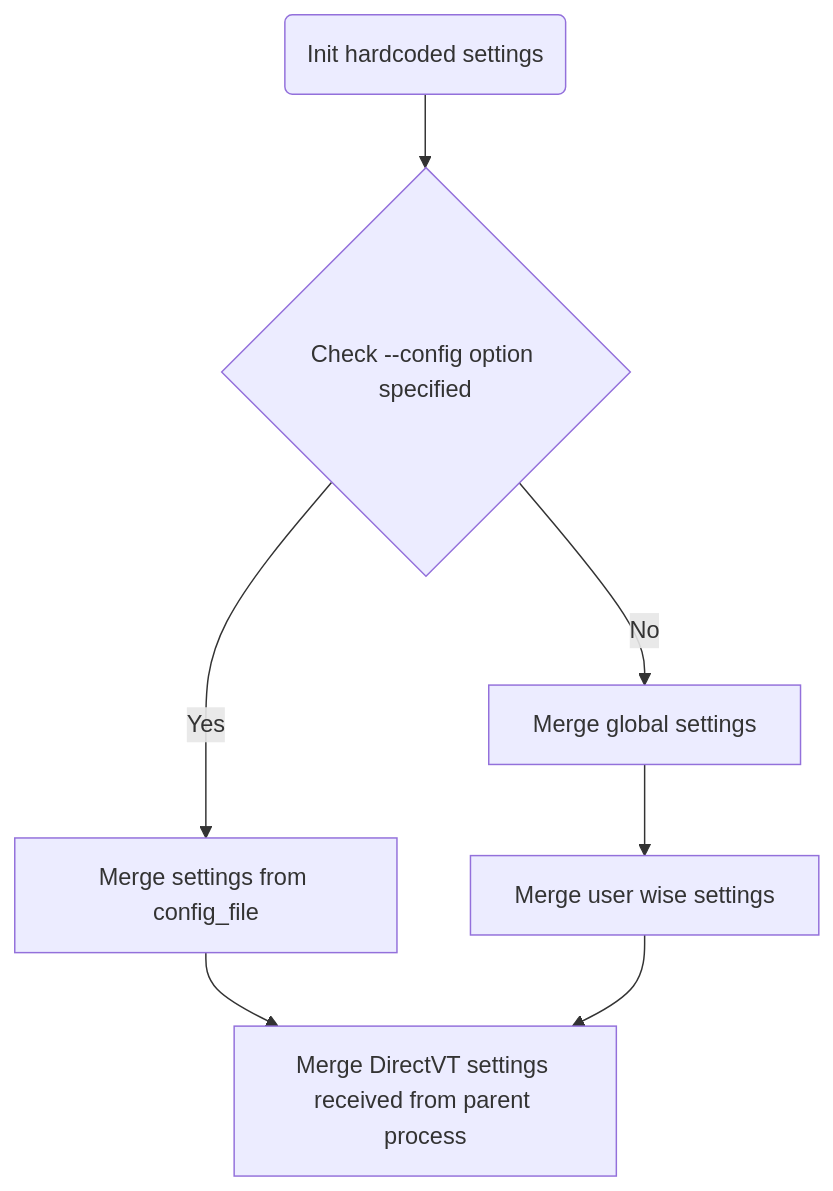
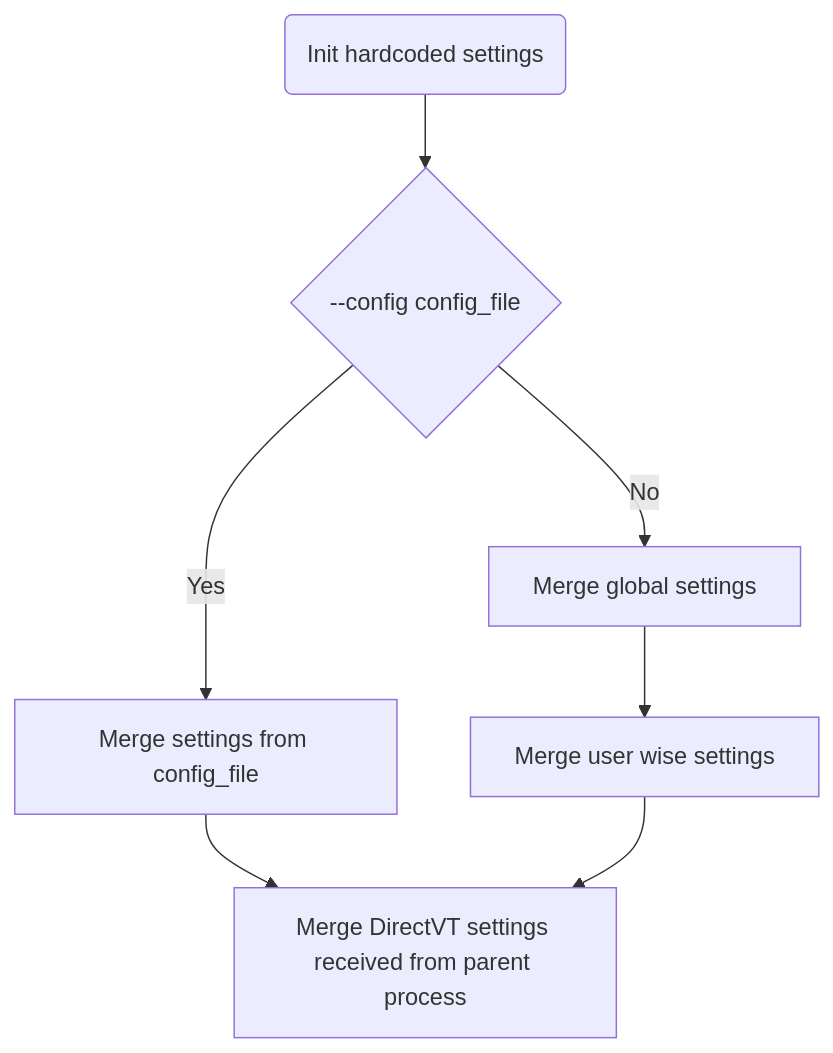
The diagram in doc/settings.md (directvt/vtm), drawn with Mermaid before and after one commit.

Commit message:
#465: Update settings.md

````diff
--- a/doc/settings.md
+++ b/doc/settings.md
@@ -5,10 +5,10 @@
 ```mermaid
 flowchart TD
     B(Init hardcoded settings)
-    B --> C{Check --config option specified}
+    B --> C{--config config_file}
     C -->|Yes| D[Merge settings from config_file]
     C -->|No| F[Merge global settings]
     F --> G[Merge user wise settings]
     D --> H[Merge DirectVT settings received from parent process]
     G --> H
 ```
````
